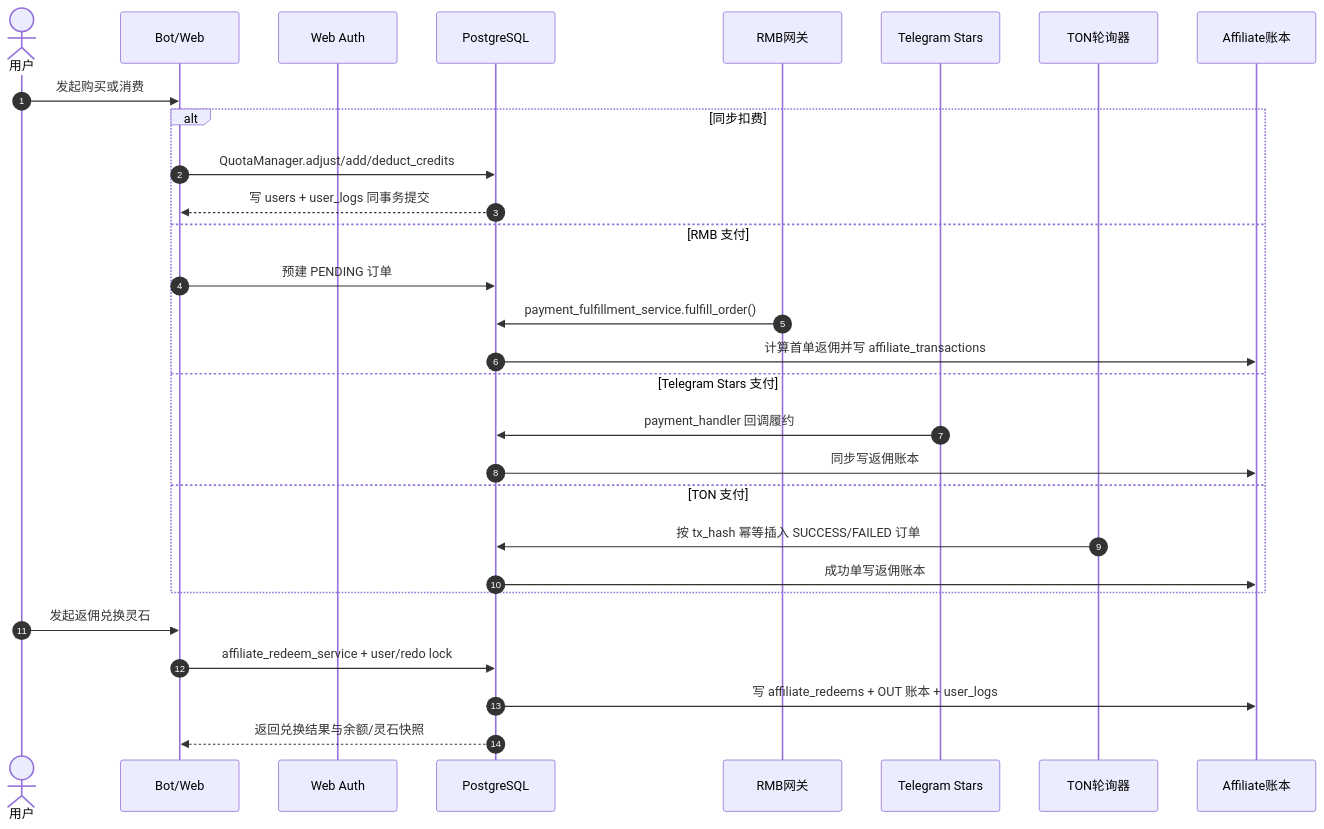
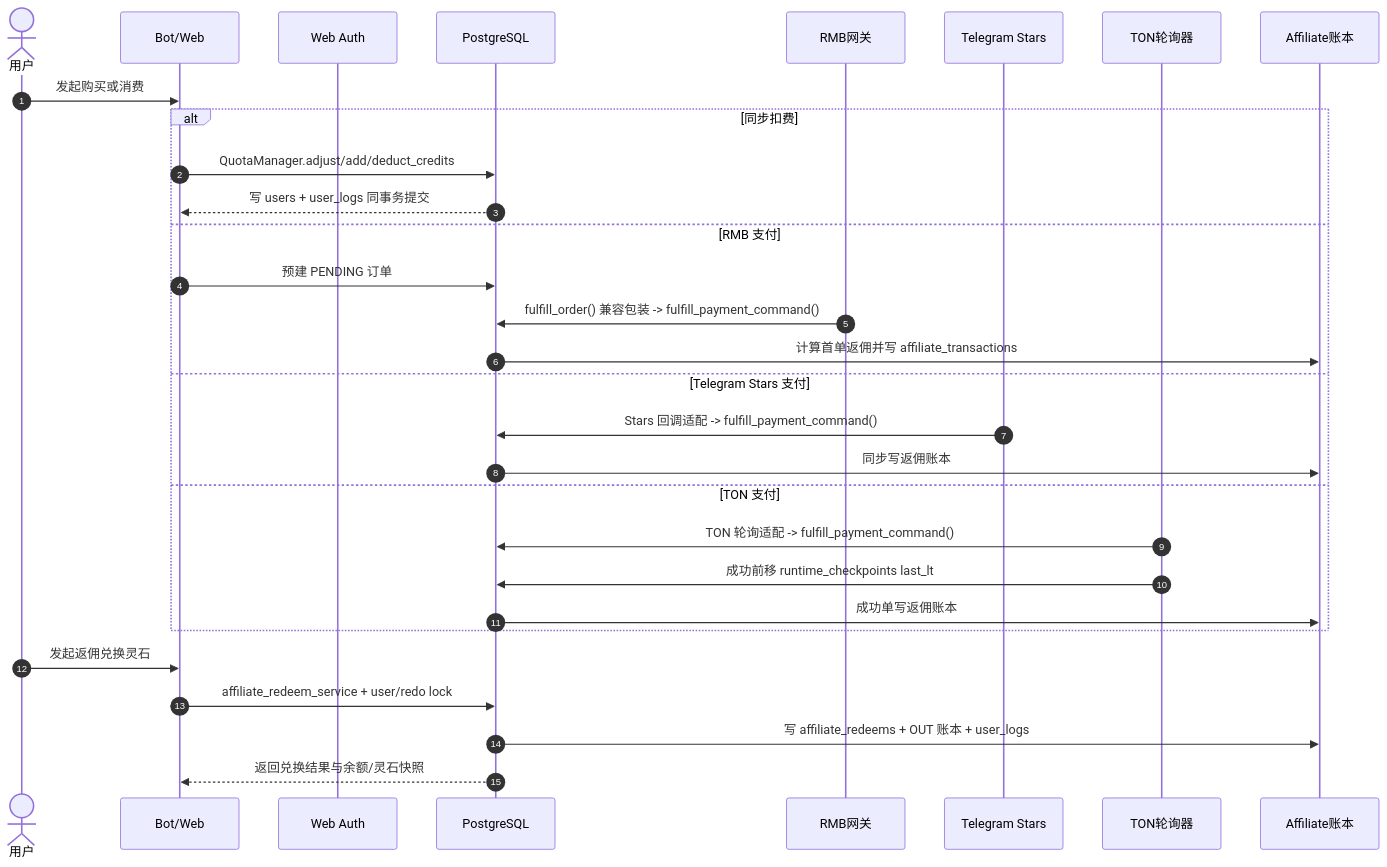
One commit to giraffu/All_bot changed the diagram in docs/子模块_计费与支付_billing_payment.md. Above: the diagram before and after it, drawn with Mermaid. The commit also changed other lines of this file and 39 other files, not shown here.

Commit message:
代码重构+参考图可叉掉

````diff
--- a/docs/子模块_计费与支付_billing_payment.md
+++ b/docs/子模块_计费与支付_billing_payment.md
@@ -19,33 +19,34 @@
 ```mermaid
 sequenceDiagram
     autonumber
     actor U as 用户
     participant Bot as Bot/Web
     participant Auth as Web Auth
     participant PG as PostgreSQL
     participant RMB as RMB网关
     participant TG as Telegram Stars
     participant TON as TON轮询器
     participant Aff as Affiliate账本
 
     U->>Bot: 发起购买或消费
     alt 同步扣费
         Bot->>PG: QuotaManager.adjust/add/deduct_credits
         PG-->>Bot: 写 users + user_logs 同事务提交
     else RMB 支付
         Bot->>PG: 预建 PENDING 订单
-        RMB->>PG: payment_fulfillment_service.fulfill_order()
+        RMB->>PG: fulfill_order() 兼容包装 -> fulfill_payment_command()
         PG->>Aff: 计算首单返佣并写 affiliate_transactions
     else Telegram Stars 支付
-        TG->>PG: payment_handler 回调履约
+        TG->>PG: Stars 回调适配 -> fulfill_payment_command()
         PG->>Aff: 同步写返佣账本
     else TON 支付
-        TON->>PG: 按 tx_hash 幂等插入 SUCCESS/FAILED 订单
+        TON->>PG: TON 轮询适配 -> fulfill_payment_command()
+        TON->>PG: 成功前移 runtime_checkpoints last_lt
         PG->>Aff: 成功单写返佣账本
     end
 
     U->>Bot: 发起返佣兑换灵石
     Bot->>PG: affiliate_redeem_service + user/redo lock
     PG->>Aff: 写 affiliate_redeems + OUT 账本 + user_logs
     PG-->>Bot: 返回兑换结果与余额/灵石快照
 ```
````
